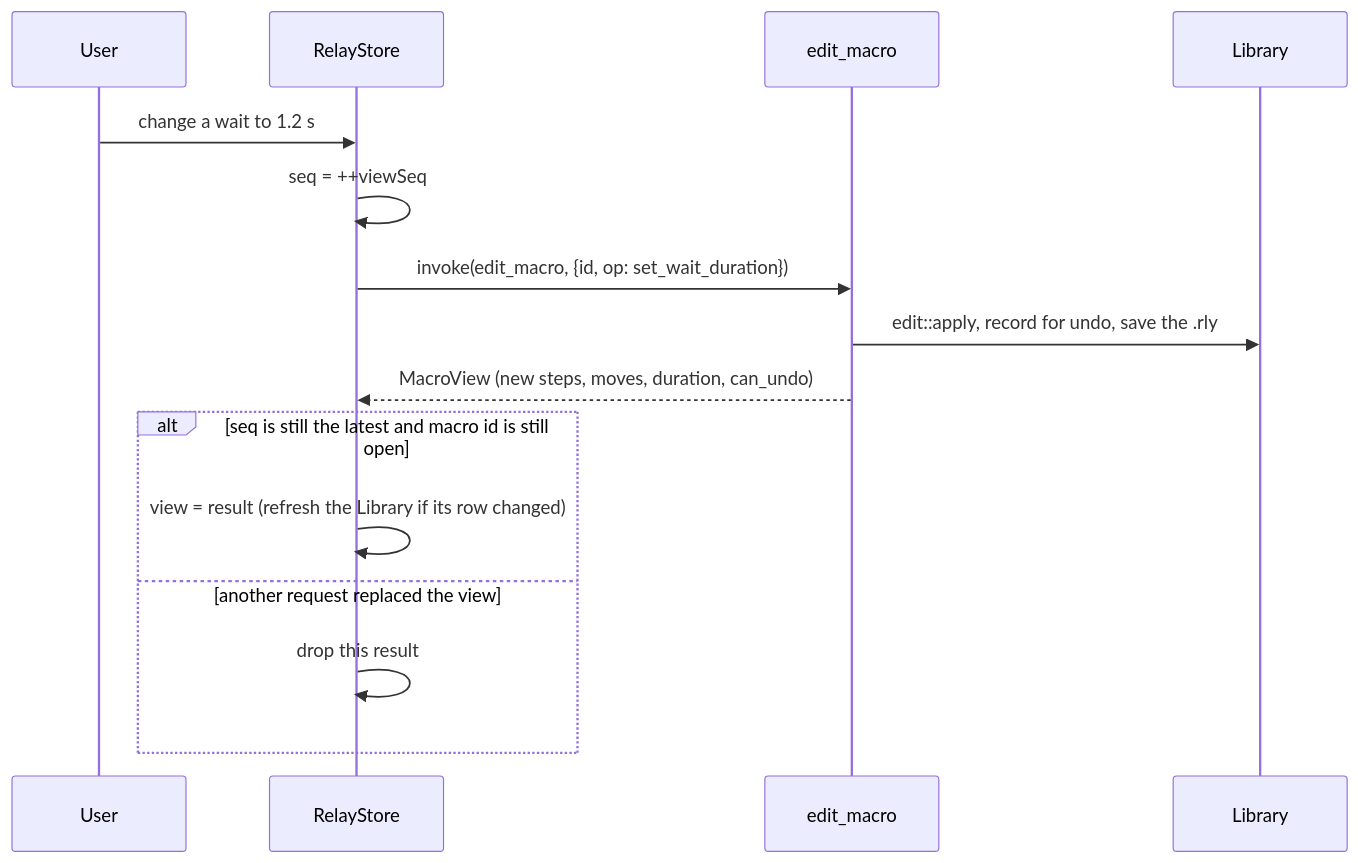
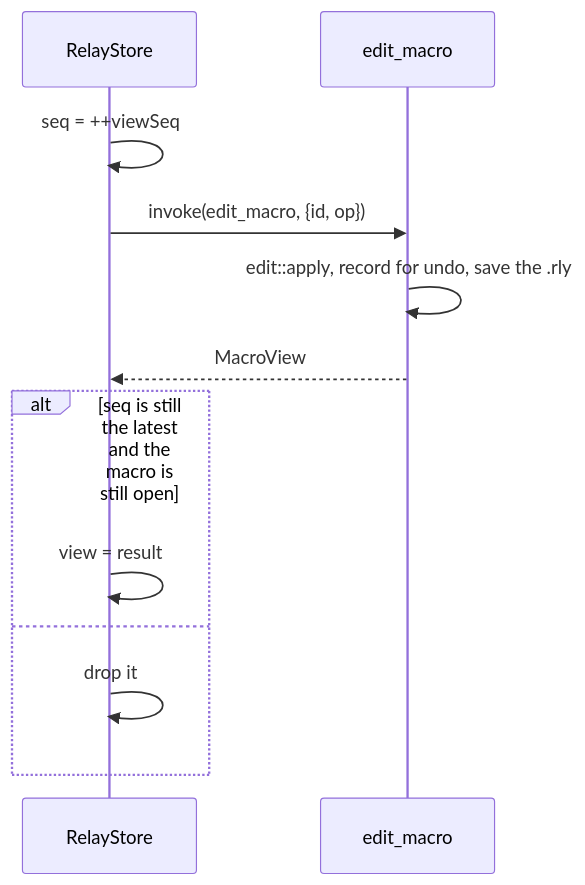
The second of 3 diagrams in docs/engineering/ipc.md (HappyRave/Relay), drawn with Mermaid before and after one commit. The commit also changed other lines of this file and 2 other files, not shown here.

````diff
--- a/docs/engineering/ipc.md
+++ b/docs/engineering/ipc.md
@@ -174,17 +66,14 @@
 ```mermaid
 sequenceDiagram
-    participant U as User
     participant S as RelayStore
     participant C as edit_macro
-    participant L as Library
-    U->>S: change a wait to 1.2 s
     S->>S: seq = ++viewSeq
-    S->>C: invoke(edit_macro, {id, op: set_wait_duration})
-    C->>L: edit::apply, record for undo, save the .rly
-    C-->>S: MacroView (new steps, moves, duration, can_undo)
-    alt seq is still the latest and macro id is still open
-        S->>S: view = result (refresh the Library if its row changed)
-    else another request replaced the view
-        S->>S: drop this result
+    S->>C: invoke(edit_macro, {id, op})
+    C->>C: edit::apply, record for undo, save the .rly
+    C-->>S: MacroView
+    alt seq is still the latest and the macro is still open
+        S->>S: view = result
+    else
+        S->>S: drop it
     end
 ```
````
